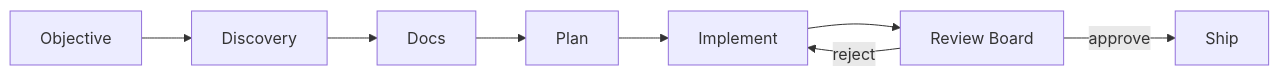
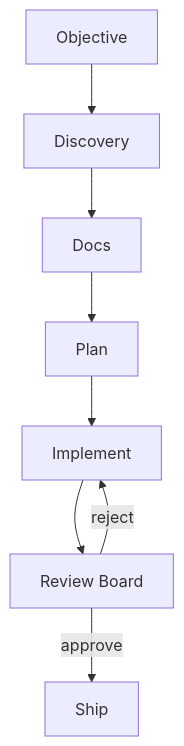
One commit to OrodruinLabs/nazgul changed the diagram in README.md. Above: the diagram before and after it, drawn with Mermaid. The commit also changed other lines of this file, not shown here.

Commit message:
fix: remove broken badges and switch diagram to vertical layout
Removes GitHub Stars and Last Commit badges that show "repo not found"
on private repos. Changes Mermaid flowchart from LR to TD for better
readability on GitHub.

````diff
--- a/README.md
+++ b/README.md
@@ -36,10 +34,10 @@
 ```mermaid
-flowchart LR
+flowchart TD
   A["Objective"] --> B["Discovery"]
   B --> C["Docs"]
   C --> D["Plan"]
   D --> E["Implement"]
   E --> F["Review Board"]
   F -->|"approve"| G["Ship"]
   F -->|"reject"| E
 ```
````
